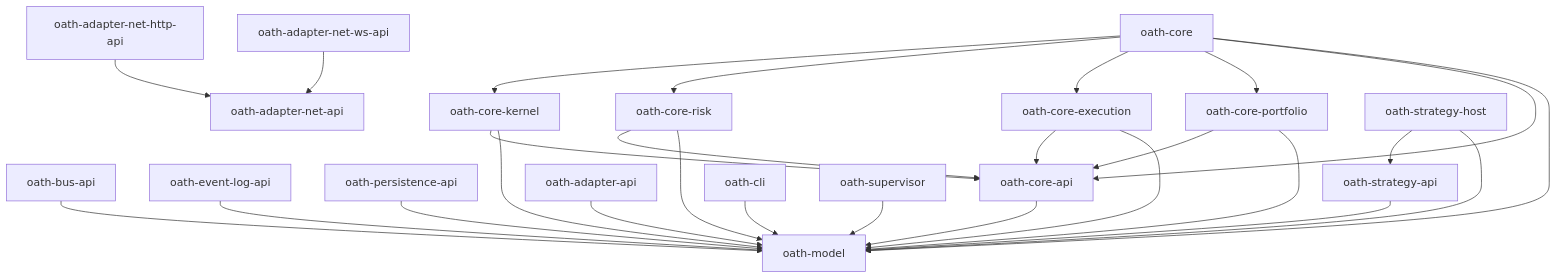
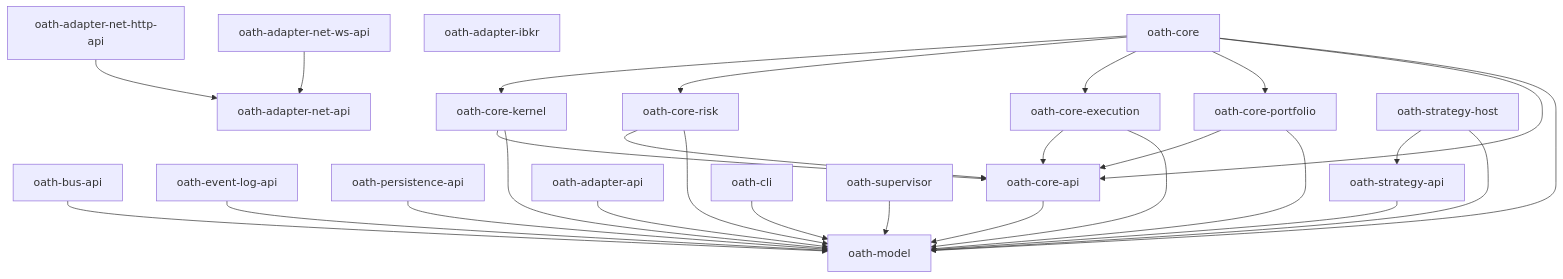
The diagram in README.md (NotAProfDev/oath), drawn with Mermaid before and after one commit. The commit also changed other lines of this file and 32 other files, not shown here.

````diff
--- a/README.md
+++ b/README.md
@@ -35,35 +36,36 @@
 ```mermaid
 graph TD
     model[oath-model]
 
     busapi[oath-bus-api] --> model
     evlog[oath-event-log-api] --> model
     perapi[oath-persistence-api] --> model
     coreapi[oath-core-api] --> model
     adapterapi[oath-adapter-api] --> model
     stratapi[oath-strategy-api] --> model
     netapi[oath-adapter-net-api]
     nethttpapi[oath-adapter-net-http-api] --> netapi
     netwsapi[oath-adapter-net-ws-api] --> netapi
+    ibkr[oath-adapter-ibkr]
 
     risk[oath-core-risk] --> coreapi
     risk --> model
     exe[oath-core-execution] --> coreapi
     exe --> model
     por[oath-core-portfolio] --> coreapi
     por --> model
     kernel[oath-core-kernel] --> coreapi
     kernel --> model
 
     core[oath-core] --> kernel
     core --> risk
     core --> exe
     core --> por
     core --> coreapi
     core --> model
 
     strathost[oath-strategy-host] --> stratapi
     strathost --> model
     cli[oath-cli] --> model
     sup[oath-supervisor] --> model
 ```
````
